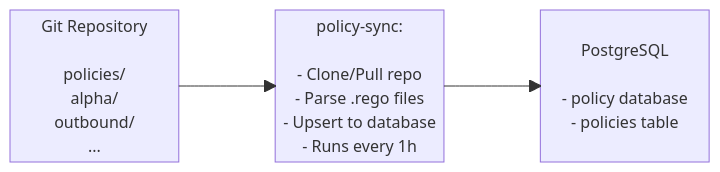
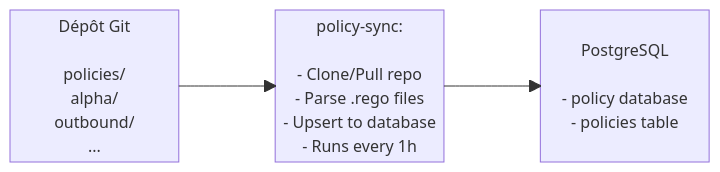
Before and after one commit to Health-Info-Net-AG/Stargate-deployment: the second of 2 diagrams in docs/fr/Docker-advanced.md, drawn with Mermaid. The commit also changed other lines of this file and 19 other files, not shown here.

````diff
--- a/docs/fr/Docker-advanced.md
+++ b/docs/fr/Docker-advanced.md
@@ -640,23 +644,23 @@
 ```mermaid
 block
 columns 8
   A:2 space B:2 space C:2
-  A["Git Repository
+  A["Dépôt Git
 
       policies/
         alpha/
         outbound/
         ..."]
     A-->B
     B["policy-sync:
 
       - Clone/Pull repo
       - Parse .rego files
       - Upsert to database
       - Runs every 1h"]
     B-->C
     C["PostgreSQL
 
       - policy database
       - policies table"]
 ```
````
